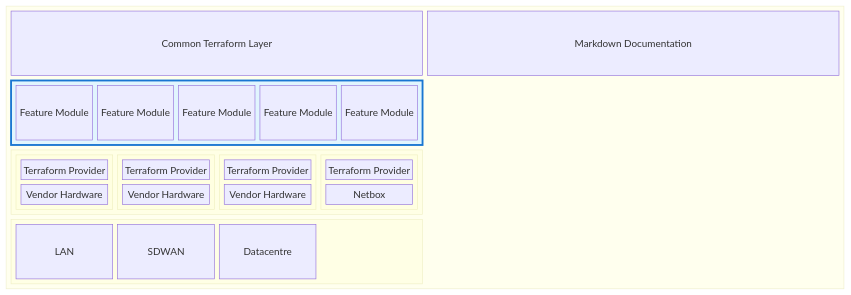
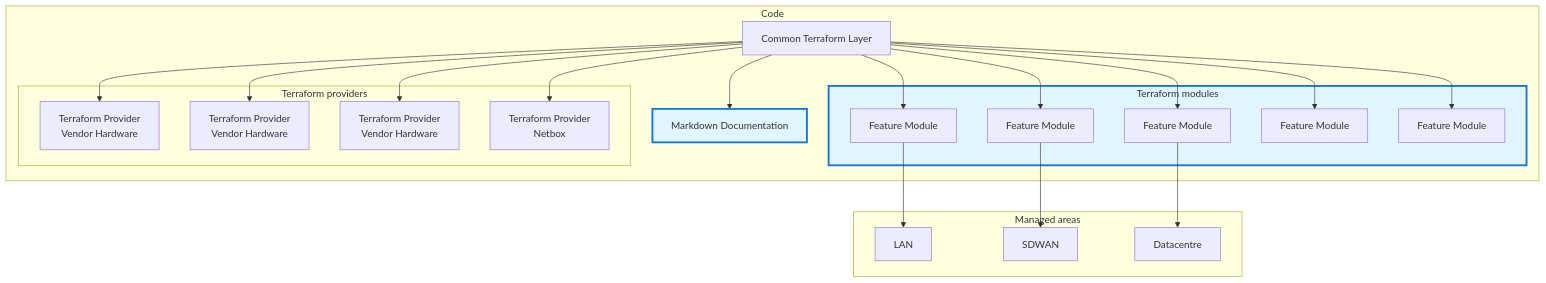
Before and after one commit to simonpainter/www.simonpainter.com: the fourth of 4 diagrams in blog/bringing-it-all-together.md, drawn with Mermaid. The commit also changed other lines of this file and 32 other files, not shown here.

First line of the commit message:
Add Mermaid accessibility metadata and prose summaries across blog diagrams (#387)

````diff
--- a/blog/bringing-it-all-together.md
+++ b/blog/bringing-it-all-together.md
@@ -127,54 +111,48 @@
 ```mermaid
+flowchart TB
+    accTitle: Bringing it all together for network automation: flowchart diagram 4
+    accDescr: This flowchart diagram shows Common Terraform Layer, Markdown Documentation, Feature Module, and Terraform Provider.
 
-block-beta
+    subgraph Code[Code]
+        TF[Common Terraform Layer]
+        MD[Markdown Documentation]
 
-block:Code
-columns 2
-  TF["Common Terraform Layer"]
+        subgraph Modules[Terraform modules]
+            Module1[Feature Module]
+            Module2[Feature Module]
+            Module3[Feature Module]
+            Module4[Feature Module]
+            Module5[Feature Module]
+        end
 
-  
-  MD["Markdown Documentation"]
-    block:TerraformModules
-    columns 5
-    Module1["Feature Module"]
-    Module2["Feature Module"]
-    Module3["Feature Module"]
-    Module4["Feature Module"]
-    Module5["Feature Module"]
-  end
-  space
-  block:TerraformProviders
-    block:TerraformProvider1
-    columns 1
-    P1["Terraform Provider"]
-    V1["Vendor Hardware"]
-    end
-    block:TerraformProvider2
-    columns 1
-    P2["Terraform Provider"]
-    V2["Vendor Hardware"]
-    end
-    block:TerraformProvider3
-    columns 1
-    P3["Terraform Provider"]
-    V3["Vendor Hardware"]
+        subgraph Providers[Terraform providers]
+            P1[Terraform Provider<br/>Vendor Hardware]
+            P2[Terraform Provider<br/>Vendor Hardware]
+            P3[Terraform Provider<br/>Vendor Hardware]
+            P4[Terraform Provider<br/>Netbox]
+        end
     end
 
-    block:TerraformProvider4
-    columns 1
-    P4["Terraform Provider"]
-    V4["Netbox"]
+    subgraph Areas[Managed areas]
+        A1[LAN]
+        A2[SDWAN]
+        A3[Datacentre]
     end
-  end
-space
-  block:area
-  columns 4
-  A1["LAN"]
-  A2["SDWAN"]
-  A3["Datacentre"]
-  space
-  end
-end
 
-  style TerraformModules fill:#e1f5fe,stroke:#1976d2,stroke-width:3px
+    TF --> MD
+    TF --> Module1
+    TF --> Module2
+    TF --> Module3
+    TF --> Module4
+    TF --> Module5
+    TF --> P1
+    TF --> P2
+    TF --> P3
+    TF --> P4
+    Module1 --> A1
+    Module2 --> A2
+    Module3 --> A3
+
+    classDef docs fill:#e1f5fe,stroke:#1976d2,stroke-width:3px;
+    class MD,Modules docs;
 ```
````
